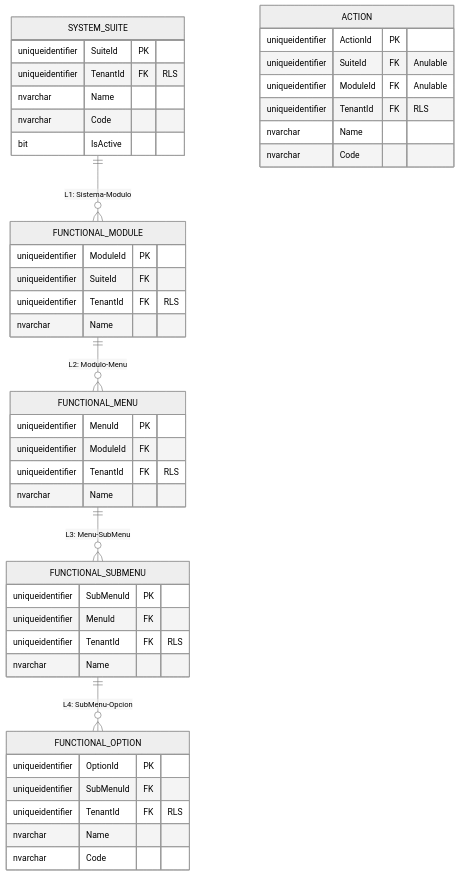
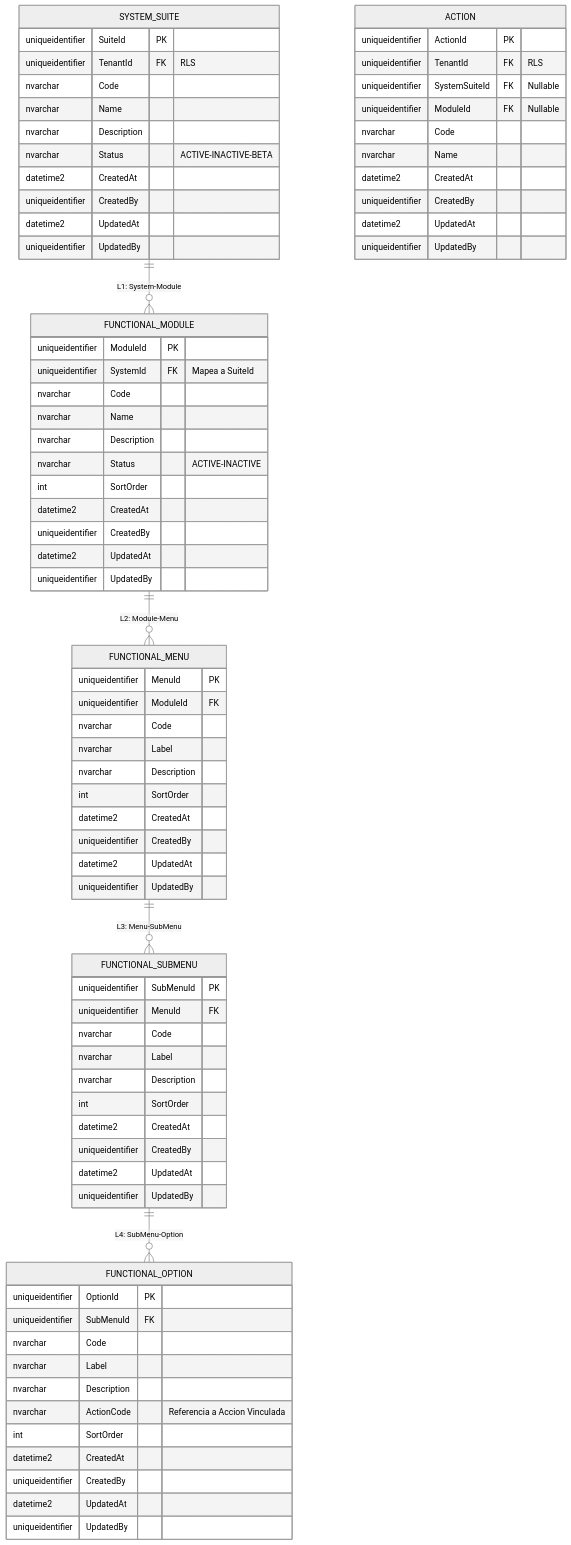
One commit to beyondnetcode/ums changed the third of 5 diagrams in docs/architecture/blueprints-es/database-design-er.md. Above: the diagram before and after it, drawn with Mermaid (neutral theme). The commit also changed other lines of this file and 1 other file, not shown here.

First line of the commit message:
docs(er-diagram): complete aggregate data models from domain Props

````diff
--- a/docs/architecture/blueprints-es/database-design-er.md
+++ b/docs/architecture/blueprints-es/database-design-er.md
@@ -143,53 +196,87 @@
 ```mermaid
 erDiagram
-    SYSTEM_SUITE ||--o{ FUNCTIONAL_MODULE : "L1: Sistema-Modulo"
-    FUNCTIONAL_MODULE ||--o{ FUNCTIONAL_MENU : "L2: Modulo-Menu"
+    SYSTEM_SUITE ||--o{ FUNCTIONAL_MODULE : "L1: System-Module"
+    FUNCTIONAL_MODULE ||--o{ FUNCTIONAL_MENU : "L2: Module-Menu"
     FUNCTIONAL_MENU ||--o{ FUNCTIONAL_SUBMENU : "L3: Menu-SubMenu"
-    FUNCTIONAL_SUBMENU ||--o{ FUNCTIONAL_OPTION : "L4: SubMenu-Opcion"
+    FUNCTIONAL_SUBMENU ||--o{ FUNCTIONAL_OPTION : "L4: SubMenu-Option"
 
     SYSTEM_SUITE {
         uniqueidentifier SuiteId PK
         uniqueidentifier TenantId FK "RLS"
+        nvarchar Code
         nvarchar Name
-        nvarchar Code
-        bit IsActive
+        nvarchar Description
+        nvarchar Status "ACTIVE-INACTIVE-BETA"
+        datetime2 CreatedAt
+        uniqueidentifier CreatedBy
+        datetime2 UpdatedAt
+        uniqueidentifier UpdatedBy
     }
 
     FUNCTIONAL_MODULE {
         uniqueidentifier ModuleId PK
-        uniqueidentifier SuiteId FK
-        uniqueidentifier TenantId FK "RLS"
+        uniqueidentifier SystemId FK "Mapea a SuiteId"
+        nvarchar Code
         nvarchar Name
+        nvarchar Description
+        nvarchar Status "ACTIVE-INACTIVE"
+        int SortOrder
+        datetime2 CreatedAt
+        uniqueidentifier CreatedBy
+        datetime2 UpdatedAt
+        uniqueidentifier UpdatedBy
     }
-    
+
     FUNCTIONAL_MENU {
         uniqueidentifier MenuId PK
         uniqueidentifier ModuleId FK
-        uniqueidentifier TenantId FK "RLS"
-        nvarchar Name
+        nvarchar Code
+        nvarchar Label
+        nvarchar Description
+        int SortOrder
+        datetime2 CreatedAt
+        uniqueidentifier CreatedBy
+        datetime2 UpdatedAt
+        uniqueidentifier UpdatedBy
     }
 
     FUNCTIONAL_SUBMENU {
         uniqueidentifier SubMenuId PK
         uniqueidentifier MenuId FK
-        uniqueidentifier TenantId FK "RLS"
-        nvarchar Name
+        nvarchar Code
+        nvarchar Label
+        nvarchar Description
+        int SortOrder
+        datetime2 CreatedAt
+        uniqueidentifier CreatedBy
+        datetime2 UpdatedAt
+        uniqueidentifier UpdatedBy
     }
-    
+
     FUNCTIONAL_OPTION {
         uniqueidentifier OptionId PK
         uniqueidentifier SubMenuId FK
-        uniqueidentifier TenantId FK "RLS"
-        nvarchar Name
         nvarchar Code
+        nvarchar Label
+        nvarchar Description
+        nvarchar ActionCode "Referencia a Accion Vinculada"
+        int SortOrder
+        datetime2 CreatedAt
+        uniqueidentifier CreatedBy
+        datetime2 UpdatedAt
+        uniqueidentifier UpdatedBy
     }
 
     ACTION {
         uniqueidentifier ActionId PK
-        uniqueidentifier SuiteId FK "Anulable"
-        uniqueidentifier ModuleId FK "Anulable"
         uniqueidentifier TenantId FK "RLS"
+        uniqueidentifier SystemSuiteId FK "Nullable"
+        uniqueidentifier ModuleId FK "Nullable"
+        nvarchar Code
         nvarchar Name
-        nvarchar Code
+        datetime2 CreatedAt
+        uniqueidentifier CreatedBy
+        datetime2 UpdatedAt
+        uniqueidentifier UpdatedBy
     }
 ```
````
